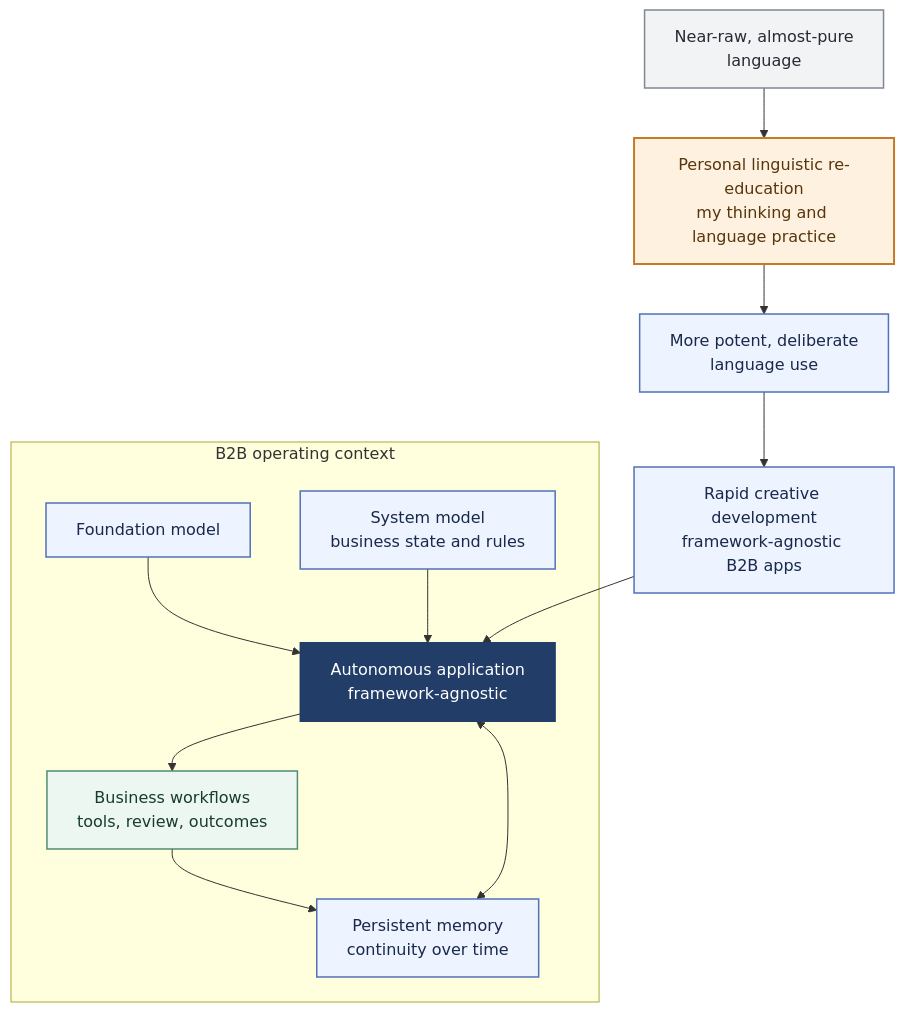
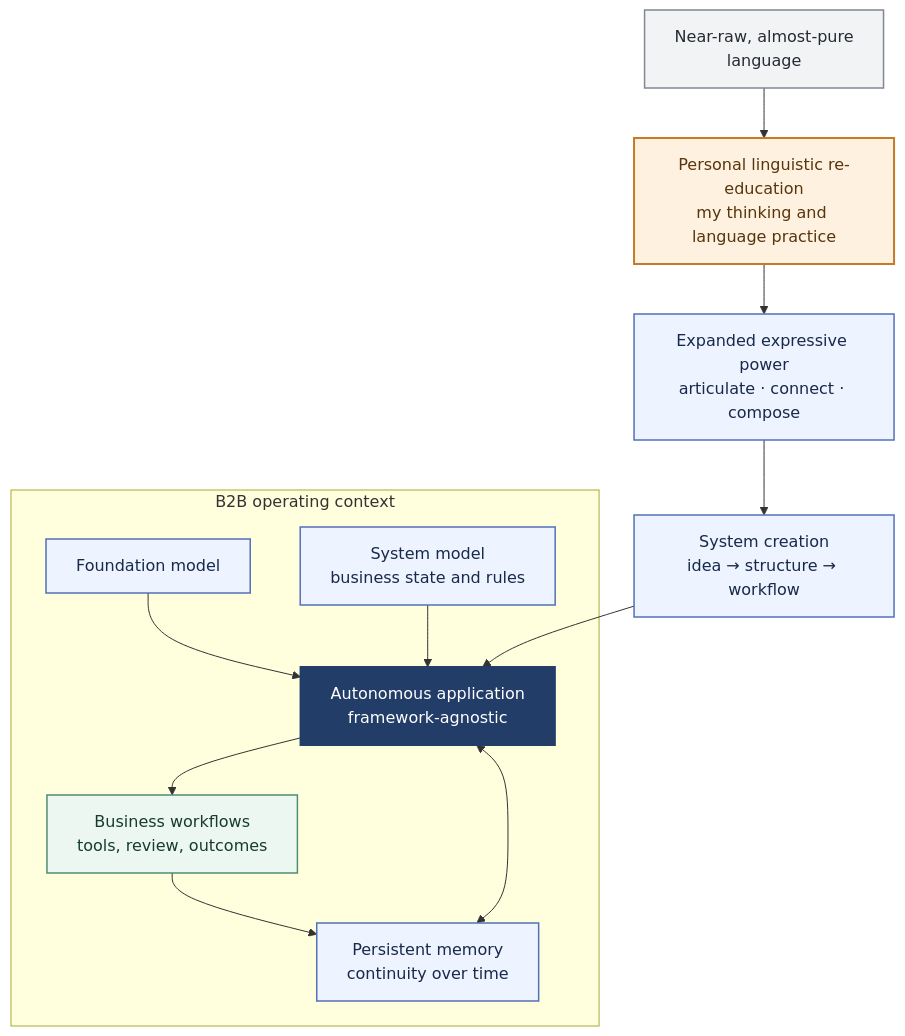
One commit to glaucodeveloper/glaucodeveloper changed the diagram in README.md. Above: the diagram before and after it, drawn with Mermaid. The commit also changed other lines of this file, not shown here.

Commit message:
docs: expand language-led system creation focus

````diff
--- a/README.md
+++ b/README.md
@@ -7,30 +9,30 @@
 ```mermaid
 flowchart TB
-  RAW["Near-raw, almost-pure<br/>language"] --> RE["Personal linguistic re-education<br/>my thinking and language practice"] --> USE["More potent, deliberate<br/>language use"] --> DIRECTION["Rapid creative development<br/>framework-agnostic B2B apps"]
+  RAW["Near-raw, almost-pure<br/>language"] --> RE["Personal linguistic re-education<br/>my thinking and language practice"] --> POWER["Expanded expressive power<br/>articulate · connect · compose"] --> DIRECTION["System creation<br/>idea → structure → workflow"]
 
   subgraph B2B["B2B operating context"]
     FM["Foundation model"]
     SM["System model<br/>business state and rules"]
     MEM["Persistent memory<br/>continuity over time"]
     APP["Autonomous application<br/>framework-agnostic"]
     FLOW["Business workflows<br/>tools, review, outcomes"]
 
     FM --> APP
     SM --> APP
     MEM <--> APP
     APP --> FLOW
     FLOW --> MEM
   end
 
   DIRECTION --> APP
   classDef source fill:#f2f3f5,stroke:#818894,color:#252a33,stroke-width:1.5px;
   classDef reconstruction fill:#fff1df,stroke:#c47b26,color:#57350e,stroke-width:2px;
   classDef concept fill:#edf3ff,stroke:#5271b8,color:#18294b,stroke-width:1.5px;
   classDef app fill:#213d68,stroke:#213d68,color:#ffffff,stroke-width:2px;
   classDef workflow fill:#edf7f2,stroke:#4f8d72,color:#173c2c,stroke-width:1.5px;
   class RAW source;
   class RE reconstruction;
-  class USE,DIRECTION,FM,SM,MEM concept;
+  class POWER,DIRECTION,FM,SM,MEM concept;
   class APP app;
   class FLOW workflow;
 ```
````
